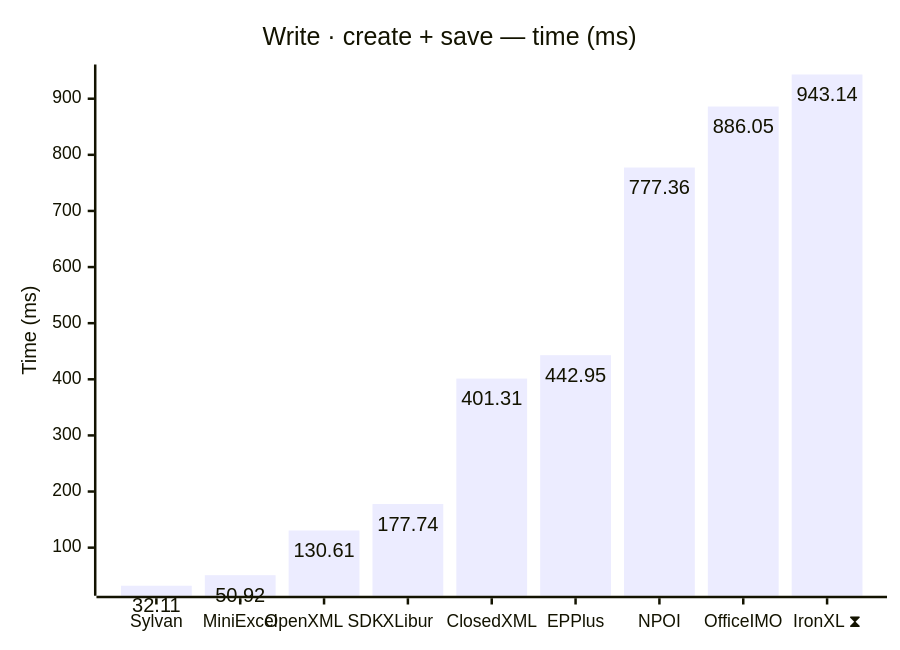
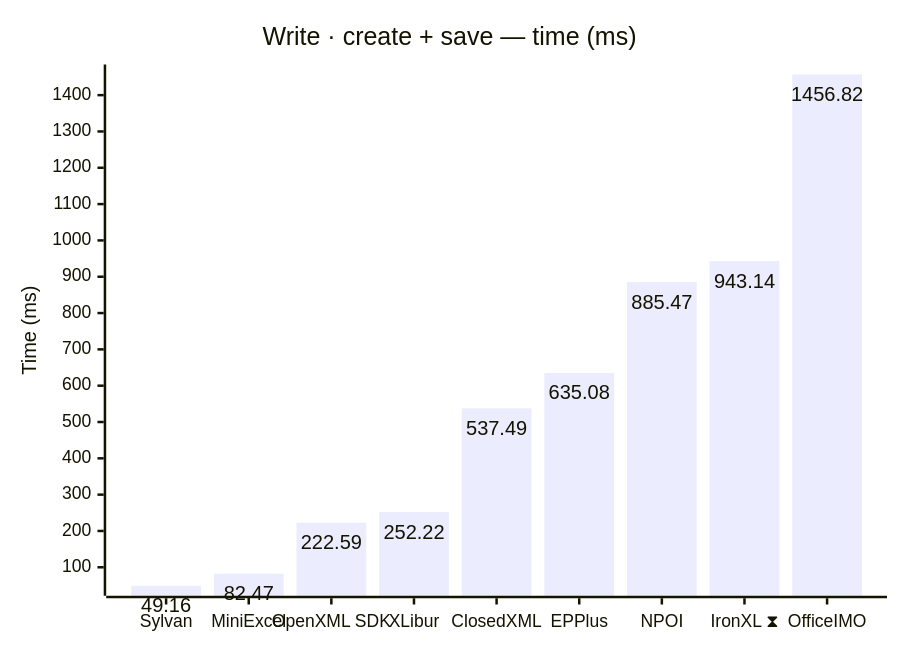
The fifth of 12 diagrams in docs/results-ci.md (jafin/XLBench), drawn with Mermaid before and after one commit. The commit also changed other lines of this file, not shown here.

````diff
--- a/docs/results-ci.md
+++ b/docs/results-ci.md
@@ -95,12 +95,12 @@
 ```mermaid
 ---
 config:
   xyChart:
     showDataLabel: true
 ---
 xychart-beta
     title "Write · create + save — time (ms)"
-    x-axis ["Sylvan", "MiniExcel", "OpenXML SDK", "XLibur", "ClosedXML", "EPPlus", "NPOI", "OfficeIMO", "IronXL ⧗"]
+    x-axis ["Sylvan", "MiniExcel", "OpenXML SDK", "XLibur", "ClosedXML", "EPPlus", "NPOI", "IronXL ⧗", "OfficeIMO"]
     y-axis "Time (ms)"
-    bar [32.11, 50.92, 130.61, 177.74, 401.31, 442.95, 777.36, 886.05, 943.14]
+    bar [49.16, 82.47, 222.59, 252.22, 537.49, 635.08, 885.47, 943.14, 1456.82]
 ```
````
